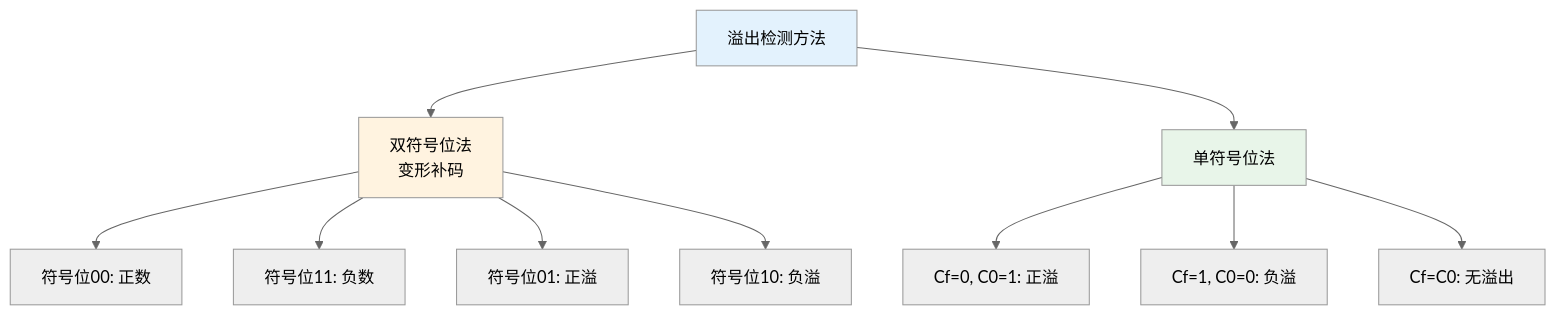
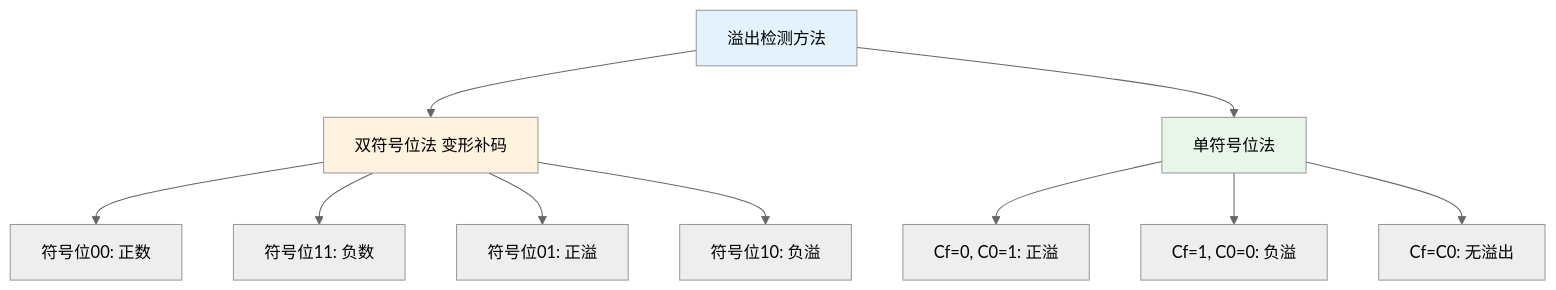
The diagram in 计算机组成原理/notes/章节笔记/第2章-运算方法和运算器/第2章-2.2-定点加法减法运算.md (gilismael826-lgtm/course), drawn with Mermaid (neutral theme) before and after one commit. The commit also changed 28 other files, not shown here.

````diff
--- a/计算机组成原理/notes/章节笔记/第2章-运算方法和运算器/第2章-2.2-定点加法减法运算.md
+++ b/计算机组成原理/notes/章节笔记/第2章-运算方法和运算器/第2章-2.2-定点加法减法运算.md
@@ -134,18 +134,18 @@
 ```mermaid
 flowchart TB
-    A[溢出检测方法] --> B[双符号位法<br/>变形补码]
+    A[溢出检测方法] --> B[双符号位法 变形补码]
     A --> C[单符号位法]
     
     B --> B1[符号位00: 正数]
     B --> B2[符号位11: 负数]
     B --> B3[符号位01: 正溢]
     B --> B4[符号位10: 负溢]
     
     C --> C1[Cf=0, C0=1: 正溢]
     C --> C2[Cf=1, C0=0: 负溢]
     C --> C3[Cf=C0: 无溢出]
     
     style A fill:#e3f2fd
     style B fill:#fff3e0
     style C fill:#e8f5e9
 ```
````
